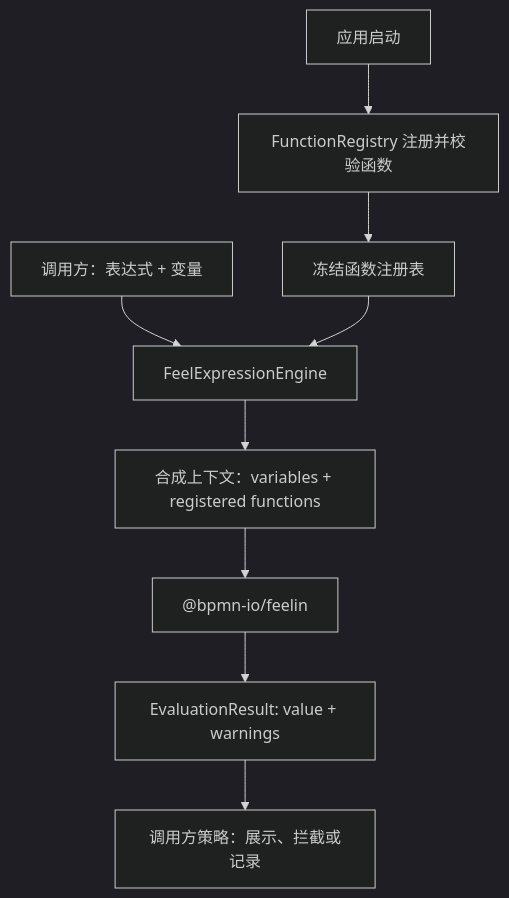
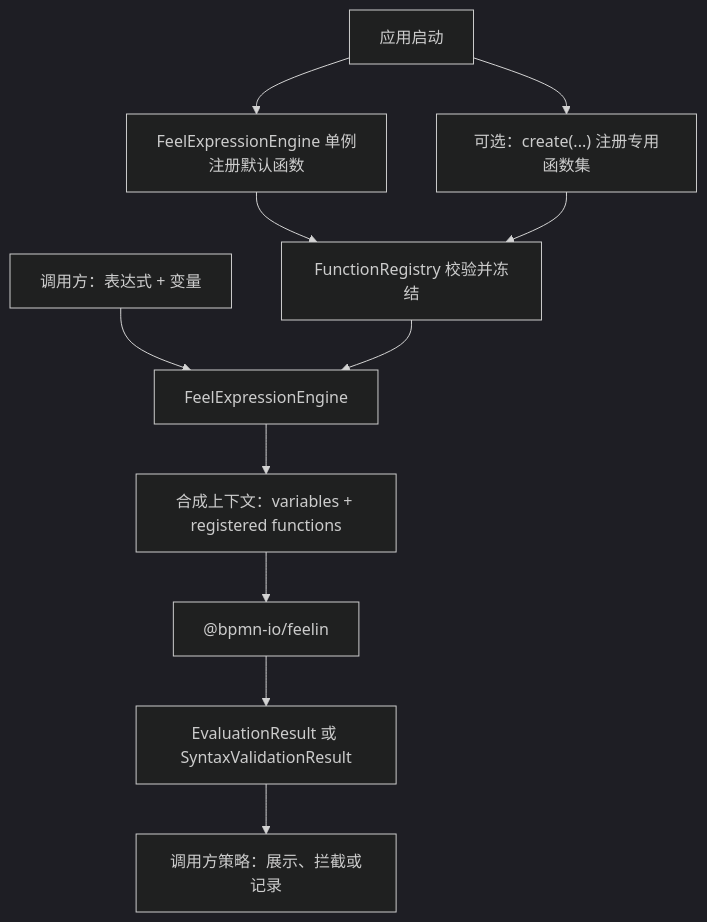
One commit to TechWang-coding/feelers-java changed the diagram in docs/frontend-feelin-expression-engine-design.md. Above: the diagram before and after it, drawn with Mermaid (dark theme). The commit also changed other lines of this file and 4 other files, not shown here.

````diff
--- a/docs/frontend-feelin-expression-engine-design.md
+++ b/docs/frontend-feelin-expression-engine-design.md
@@ -25,11 +25,13 @@
 ```mermaid
 flowchart TD
-  A["应用启动"] --> B["FunctionRegistry 注册并校验函数"]
-  B --> C["冻结函数注册表"]
-  D["调用方：表达式 + 变量"] --> E["FeelExpressionEngine"]
-  C --> E
-  E --> F["合成上下文：variables + registered functions"]
-  F --> G["@bpmn-io/feelin"]
-  G --> H["EvaluationResult: value + warnings"]
-  H --> I["调用方策略：展示、拦截或记录"]
+  A["应用启动"] --> B["FeelExpressionEngine 单例注册默认函数"]
+  A --> C["可选：create(...) 注册专用函数集"]
+  B --> D["FunctionRegistry 校验并冻结"]
+  C --> D
+  E["调用方：表达式 + 变量"] --> F["FeelExpressionEngine"]
+  D --> F
+  F --> G["合成上下文：variables + registered functions"]
+  G --> H["@bpmn-io/feelin"]
+  H --> I["EvaluationResult 或 SyntaxValidationResult"]
+  I --> J["调用方策略：展示、拦截或记录"]
 ```
````
